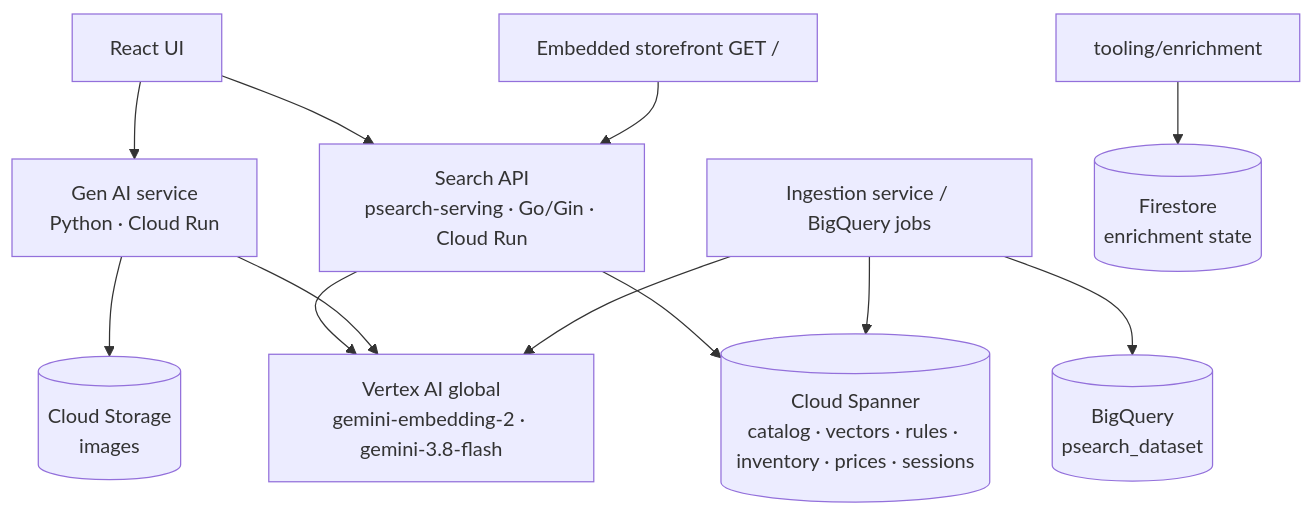
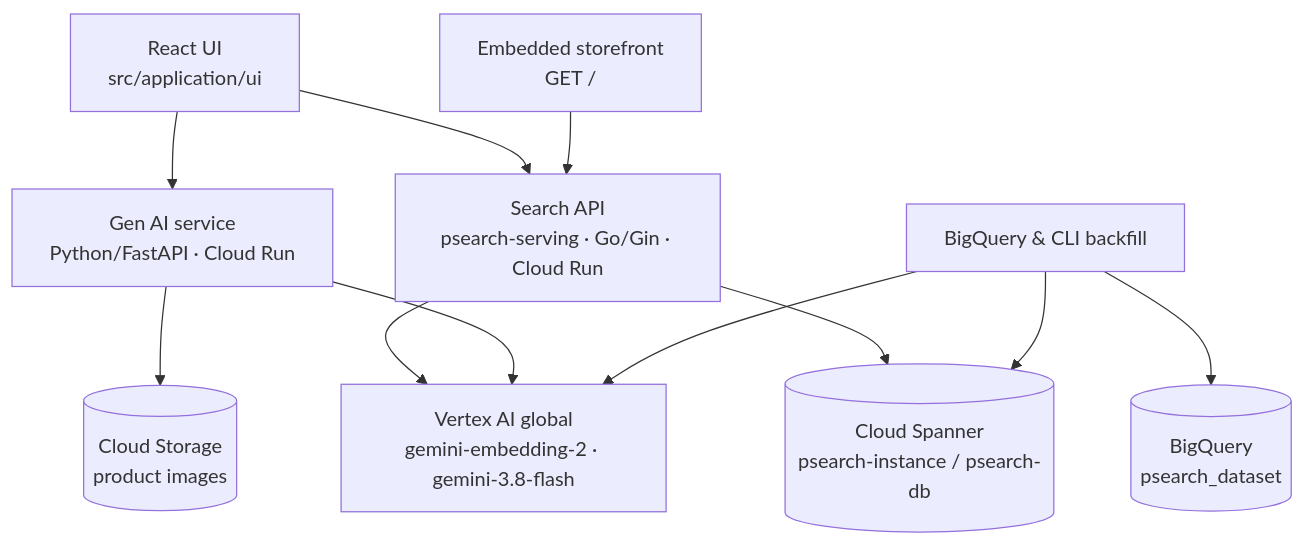
Before and after one commit to duboc/scion-experiment: the diagram in README.md, drawn with Mermaid. The commit also changed other lines of this file and 3 other files, not shown here.

````diff
--- a/README.md
+++ b/README.md
@@ -58,16 +38,15 @@
 ```mermaid
 graph TD
-    Client[React UI] --> SearchAPI[Search API<br/>psearch-serving · Go/Gin · Cloud Run]
-    Store[Embedded storefront GET /] --> SearchAPI
-    Client --> GenAI[Gen AI service<br/>Python · Cloud Run]
+    UI[React UI<br/>src/application/ui] --> API[Search API<br/>psearch-serving · Go/Gin · Cloud Run]
+    Storefront[Embedded storefront<br/>GET /] --> API
+    UI --> GenAI[Gen AI service<br/>Python/FastAPI · Cloud Run]
 
-    SearchAPI --> Spanner[(Cloud Spanner<br/>catalog · vectors · rules · inventory · prices · sessions)]
-    SearchAPI --> VertexAI[Vertex AI global<br/>gemini-embedding-2 · gemini-3.8-flash]
+    API --> Spanner[(Cloud Spanner<br/>psearch-instance / psearch-db)]
+    API --> VertexAI[Vertex AI global<br/>gemini-embedding-2 · gemini-3.8-flash]
     GenAI --> VertexAI
-    GenAI --> GCS[(Cloud Storage<br/>images)]
+    GenAI --> GCS[(Cloud Storage<br/>product images)]
 
-    Ingestion[Ingestion service / BigQuery jobs] --> Spanner
+    Ingestion[BigQuery & CLI backfill] --> Spanner
     Ingestion --> BigQuery[(BigQuery<br/>psearch_dataset)]
     Ingestion --> VertexAI
-    Tooling[tooling/enrichment] --> Firestore[(Firestore<br/>enrichment state)]
 ```
````
